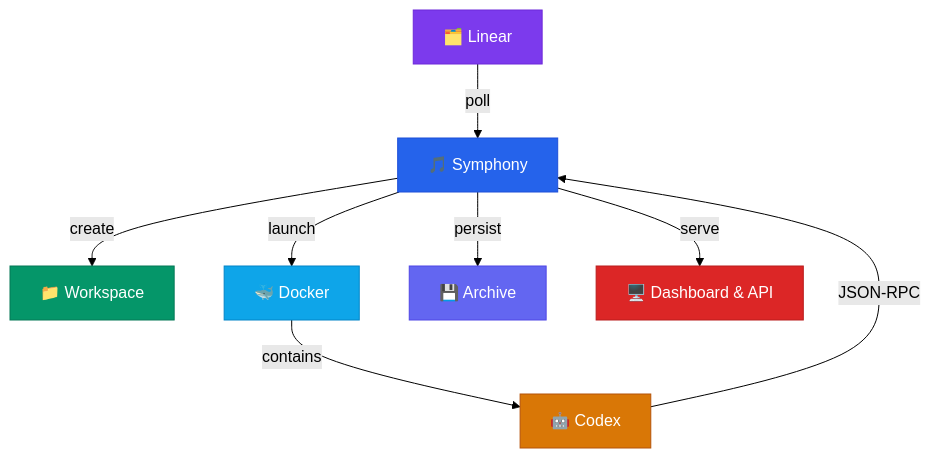
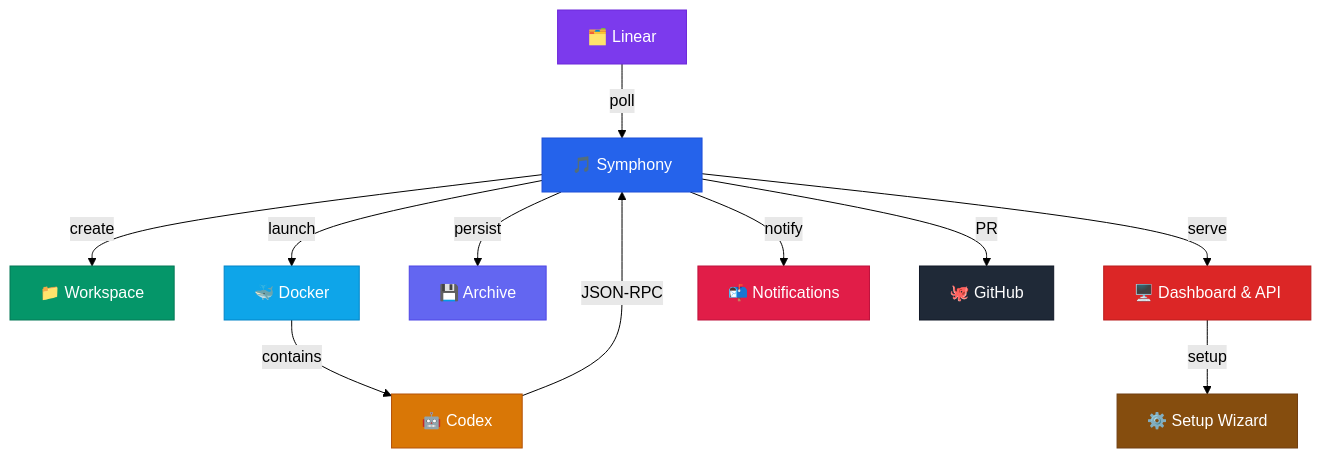
The diagram in README.md (OmerFarukOruc/symphony-orchestrator), drawn with Mermaid (forest theme) before and after one commit. The commit also changed other lines of this file and 23 other files, not shown here.

````diff
--- a/README.md
+++ b/README.md
@@ -332,18 +357,24 @@
 ```mermaid
 flowchart TD
     A["🗂️ Linear"] -->|poll| B["🎵 Symphony"]
     B -->|create| C["📁 Workspace"]
     B -->|launch| D["🐳 Docker"]
     D -->|contains| G["🤖 Codex"]
     G -->|JSON-RPC| B
     B -->|persist| E["💾 Archive"]
     B -->|serve| F["🖥️ Dashboard & API"]
+    B -->|notify| N["📬 Notifications"]
+    B -->|PR| H["🐙 GitHub"]
+    F -->|setup| S["⚙️ Setup Wizard"]
 
     style A fill:#7c3aed,stroke:#6d28d9,color:#fff
     style B fill:#2563eb,stroke:#1d4ed8,color:#fff
     style C fill:#059669,stroke:#047857,color:#fff
     style D fill:#0ea5e9,stroke:#0284c7,color:#fff
     style G fill:#d97706,stroke:#b45309,color:#fff
     style E fill:#6366f1,stroke:#4f46e5,color:#fff
     style F fill:#dc2626,stroke:#b91c1c,color:#fff
+    style N fill:#e11d48,stroke:#be123c,color:#fff
+    style H fill:#1f2937,stroke:#111827,color:#fff
+    style S fill:#854d0e,stroke:#713f12,color:#fff
 ```
````
